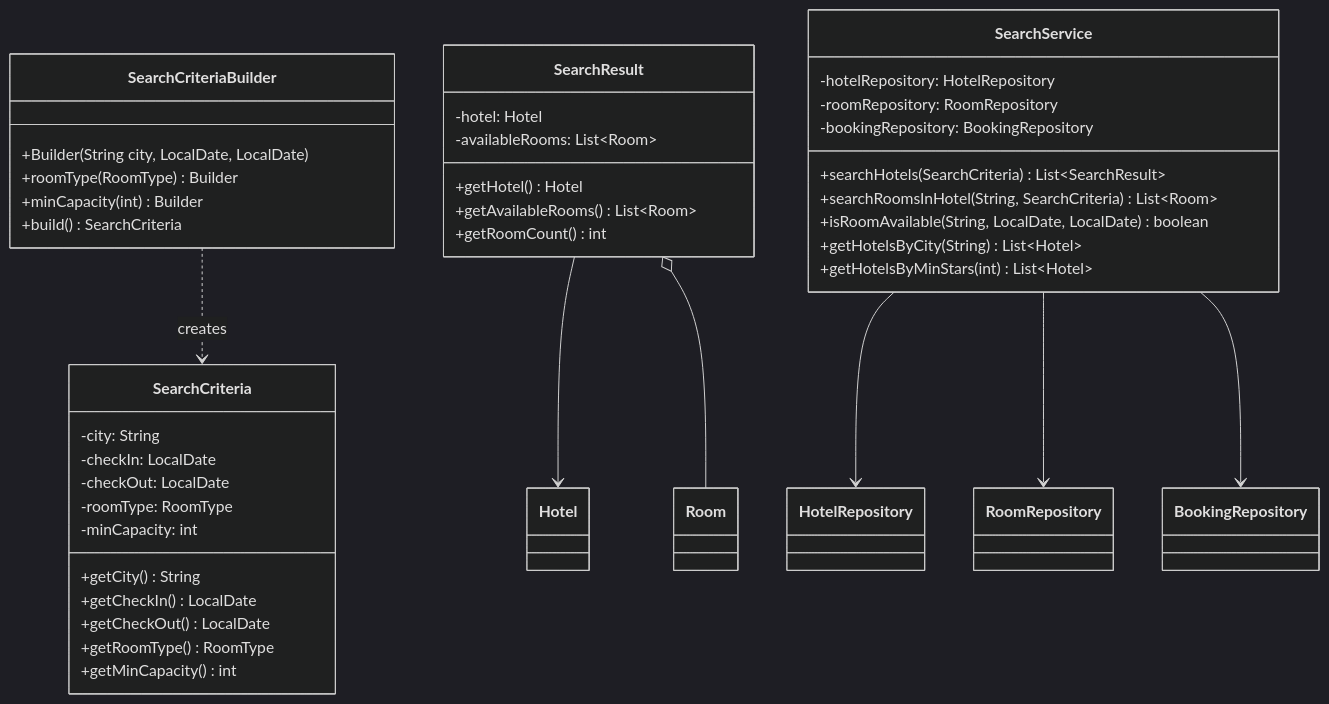
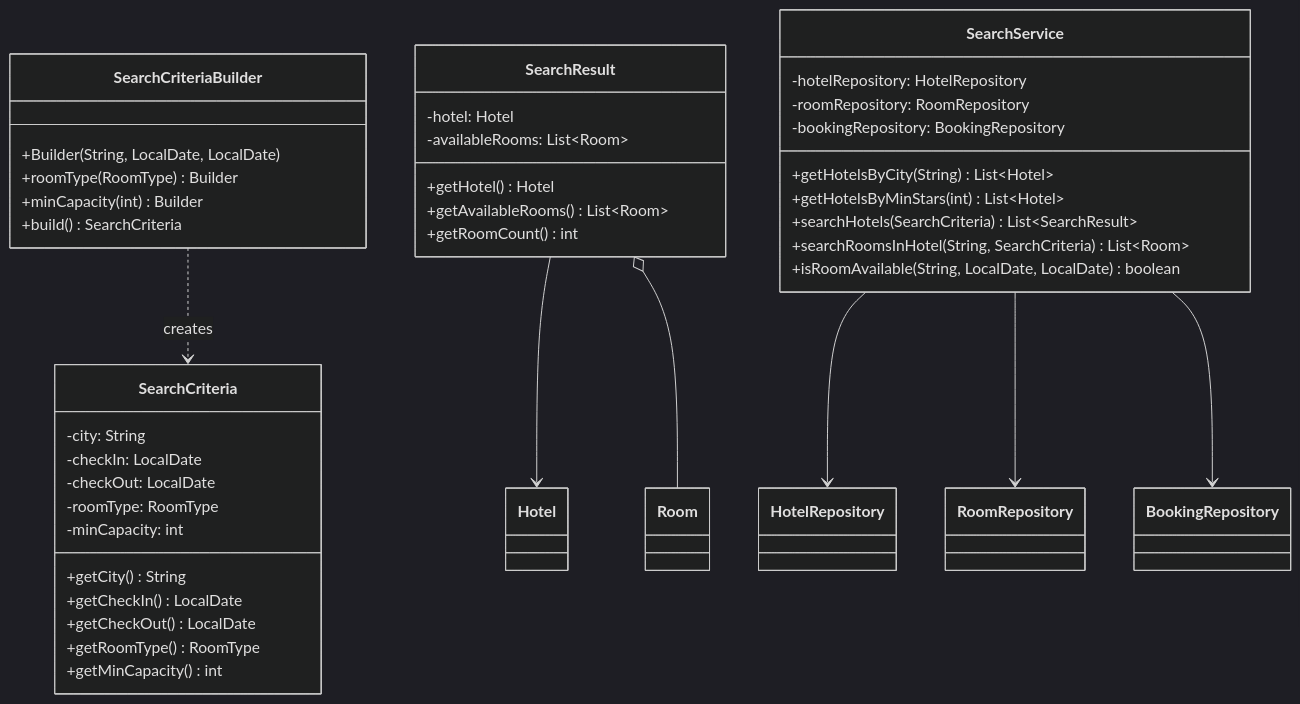
The fourth of 9 diagrams in HotelManagement/HMS_Class_Diagrams.md (Arnavjain1703/LLD), drawn with Mermaid (dark theme) before and after one commit. The commit also changed other lines of this file, not shown here.

````diff
--- a/HotelManagement/HMS_Class_Diagrams.md
+++ b/HotelManagement/HMS_Class_Diagrams.md
@@ -160,52 +182,48 @@
 ```mermaid
 classDiagram
     class SearchCriteria {
         -city: String
         -checkIn: LocalDate
         -checkOut: LocalDate
         -roomType: RoomType
         -minCapacity: int
         +getCity() String
         +getCheckIn() LocalDate
         +getCheckOut() LocalDate
         +getRoomType() RoomType
         +getMinCapacity() int
     }
 
     class SearchCriteriaBuilder {
-        +Builder(String city, LocalDate, LocalDate)
+        +Builder(String, LocalDate, LocalDate)
         +roomType(RoomType) Builder
         +minCapacity(int) Builder
         +build() SearchCriteria
     }
 
     class SearchResult {
         -hotel: Hotel
         -availableRooms: List~Room~
         +getHotel() Hotel
         +getAvailableRooms() List~Room~
         +getRoomCount() int
     }
 
     class SearchService {
         -hotelRepository: HotelRepository
         -roomRepository: RoomRepository
         -bookingRepository: BookingRepository
+        +getHotelsByCity(String) List~Hotel~
+        +getHotelsByMinStars(int) List~Hotel~
         +searchHotels(SearchCriteria) List~SearchResult~
         +searchRoomsInHotel(String, SearchCriteria) List~Room~
         +isRoomAvailable(String, LocalDate, LocalDate) boolean
-        +getHotelsByCity(String) List~Hotel~
-        +getHotelsByMinStars(int) List~Hotel~
     }
 
-    %% searchHotels    = city + dates + type + capacity (full availability check)
-    %% getHotelsByCity = simple city filter, no date check (browse mode)
-    %% isRoomAvailable = used internally by BookingService before confirming
-
-    SearchCriteriaBuilder ..> SearchCriteria : creates
-    SearchResult --> Hotel
-    SearchResult o-- Room
-    SearchService --> HotelRepository
-    SearchService --> RoomRepository
-    SearchService --> BookingRepository
+    SearchCriteriaBuilder  ..>  SearchCriteria : creates
+    SearchResult           -->  Hotel
+    SearchResult           o--  Room
+    SearchService          -->  HotelRepository
+    SearchService          -->  RoomRepository
+    SearchService          -->  BookingRepository
 ```
````
